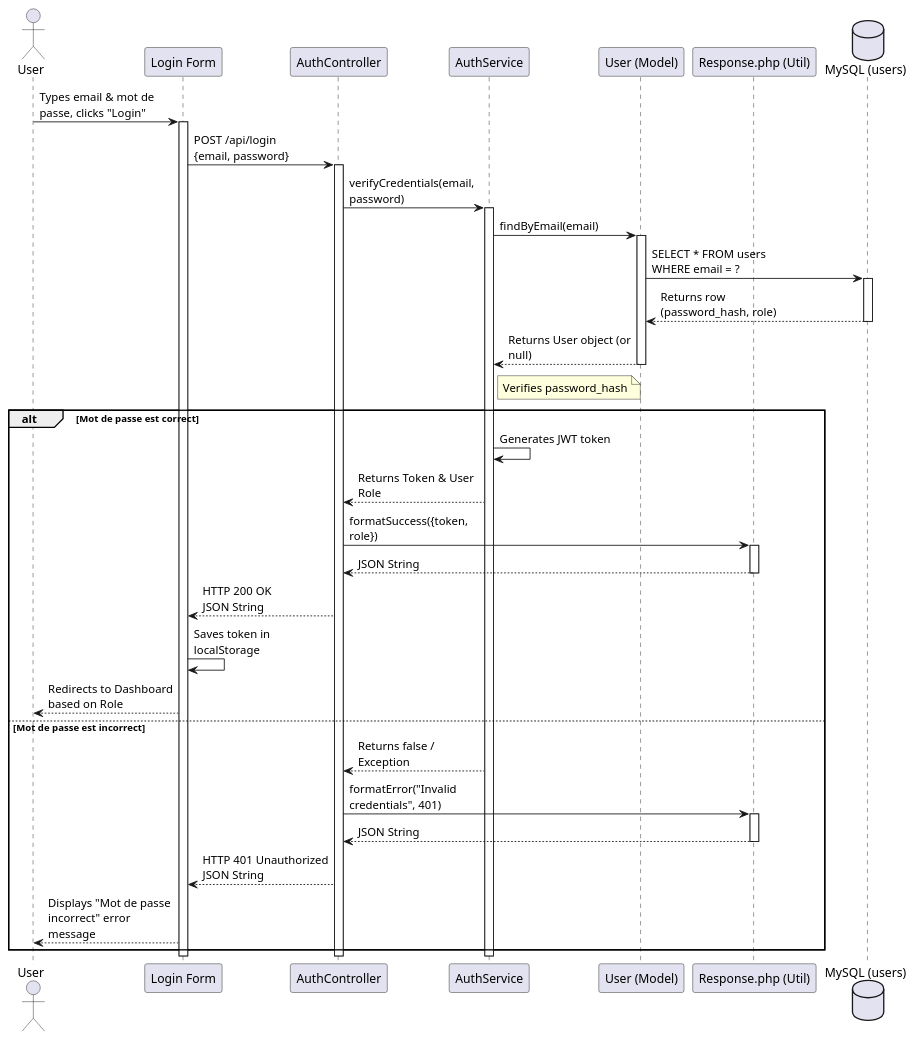
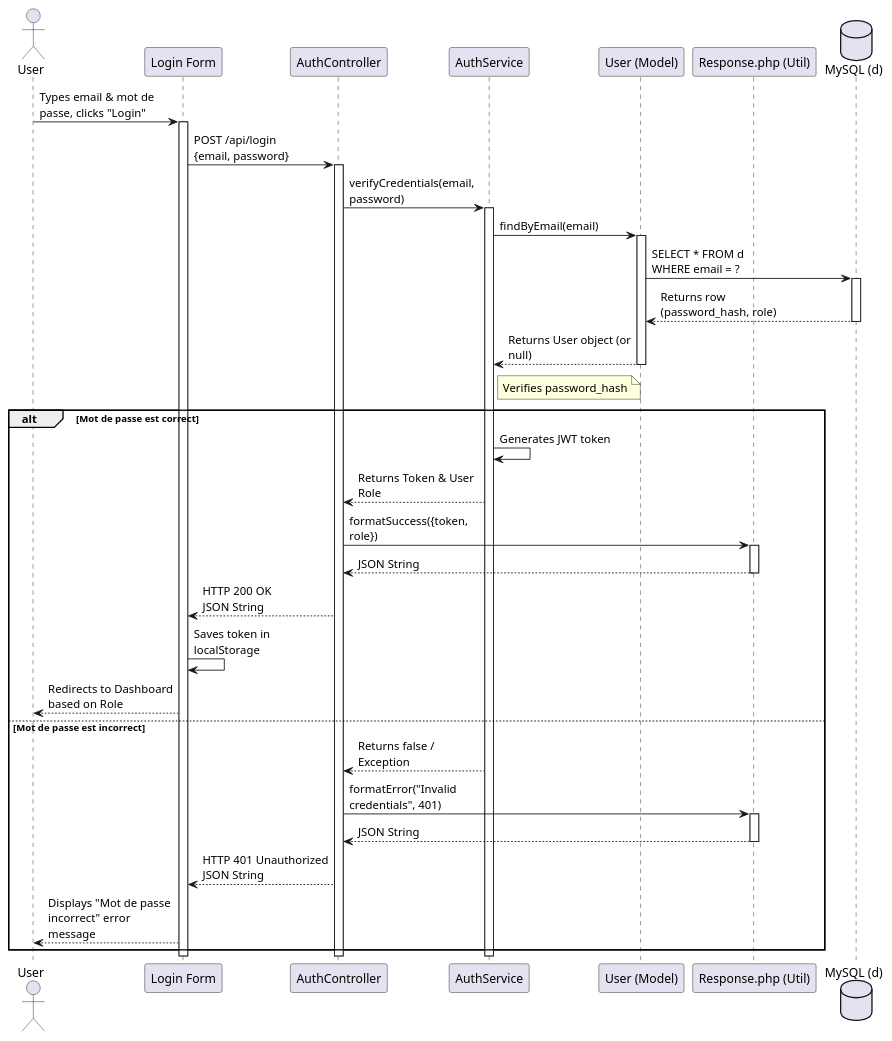
The diagram in docs/sequence/se_connecter.wsd (dss47/Penguins), drawn with PlantUML before and after one commit. The commit also changed 20 other files, not shown here.

```diff
--- a/docs/sequence/se_connecter.wsd
+++ b/docs/sequence/se_connecter.wsd
@@ -1,61 +1,61 @@
 @startuml se_connecter
 skinparam maxMessageSize 150
 
 actor "User" as user
 participant "Login Form" as log_in
 participant "AuthController" as auth_controller
 participant "AuthService" as auth_service
 participant "User (Model)" as model
 participant "Response.php (Util)" as res
-database "MySQL (users)" as db
+database "MySQL (d)" as db
 
 user -> log_in: Types email & mot de passe, clicks "Login"
 activate log_in
 
   log_in -> auth_controller : POST /api/login\n{email, password}
   activate auth_controller
   
     auth_controller -> auth_service : verifyCredentials(email, password)
     activate auth_service
       auth_service -> model : findByEmail(email)
       activate model
-        model -> db : SELECT * FROM users\nWHERE email = ?
+        model -> db : SELECT * FROM d\nWHERE email = ?
         activate db 
           db --> model : Returns row (password_hash, role)
         deactivate db
         model --> auth_service : Returns User object (or null)
       deactivate model
       
       note right of auth_service : Verifies password_hash
       
       alt Mot de passe est correct
           
           auth_service -> auth_service : Generates JWT token
           auth_service --> auth_controller : Returns Token & User Role
           auth_controller -> res : formatSuccess({token, role})
           activate res
             res --> auth_controller : JSON String
           deactivate res
           
           auth_controller --> log_in : HTTP 200 OK\nJSON String
           log_in -> log_in : Saves token in localStorage
           log_in --> user : Redirects to Dashboard based on Role
           
       else Mot de passe est incorrect
           
           auth_service --> auth_controller : Returns false / Exception
           auth_controller -> res : formatError("Invalid credentials", 401)
           activate res
             res --> auth_controller : JSON String
           deactivate res
           
           auth_controller --> log_in : HTTP 401 Unauthorized\nJSON String
           log_in --> user : Displays "Mot de passe incorrect" error message
           
       end
       
     deactivate auth_service
   deactivate auth_controller
 deactivate log_in
 
 @enduml
```
